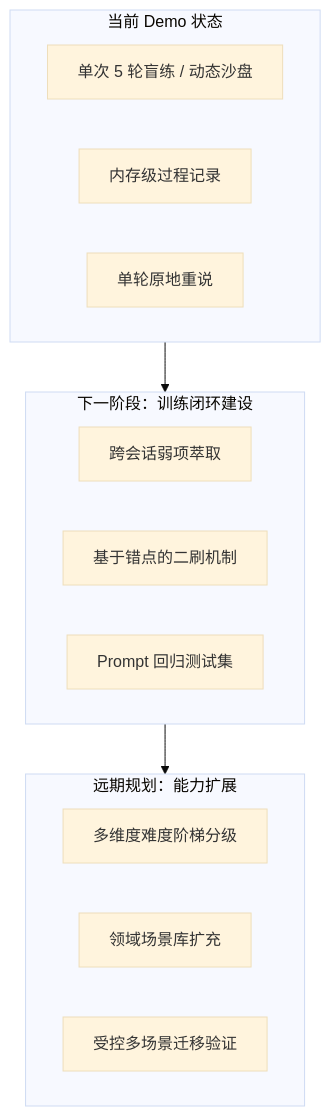
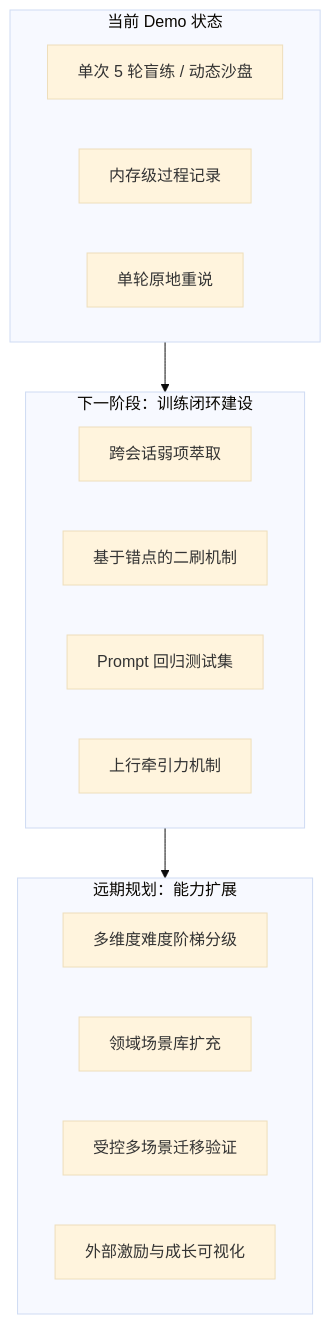
One commit to Senn-s-Team/KaiwaDemo changed the fifth of 7 diagrams in docs/product-summary.md. Above: the diagram before and after it, drawn with Mermaid (base theme). The commit also changed other lines of this file and 14 other files, not shown here.

````diff
--- a/docs/product-summary.md
+++ b/docs/product-summary.md
@@ -157,23 +157,25 @@
 ```mermaid
 flowchart TD
     subgraph PhaseNow[当前 Demo 状态]
         D1[单次 5 轮盲练 / 动态沙盘]
         D2[内存级过程记录]
         D3[单轮原地重说]
     end
 
     subgraph PhaseNext[下一阶段：训练闭环建设]
         N1[跨会话弱项萃取]
         N2[基于错点的二刷机制]
         N3[Prompt 回归测试集]
+        N4[上行牵引力机制]
     end
 
     subgraph PhaseFuture[远期规划：能力扩展]
         F1[多维度难度阶梯分级]
         F2[领域场景库扩充]
         F3[受控多场景迁移验证]
+        F4[外部激励与成长可视化]
     end
 
     PhaseNow --> PhaseNext
     PhaseNext --> PhaseFuture
 ```
````
